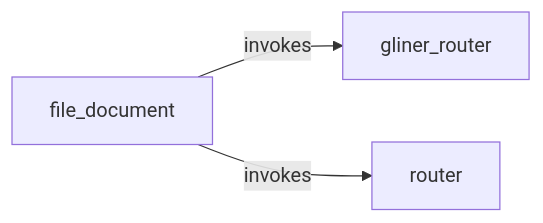
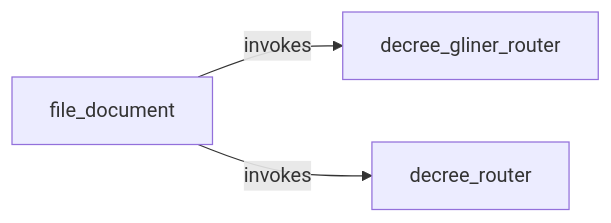
The diagram in tests/fixtures/escalation/.decree/system.md (jtmckay/decree), drawn with Mermaid before and after one commit. The commit also changed other lines of this file and 184 other files, not shown here.

````diff
--- a/tests/fixtures/escalation/.decree/system.md
+++ b/tests/fixtures/escalation/.decree/system.md
@@ -9,8 +9,8 @@
 ```mermaid
 flowchart LR
+    decree_gliner_router["decree_gliner_router"]
+    decree_router["decree_router"]
     file_document["file_document"]
-    gliner_router["gliner_router"]
-    router["router"]
-    file_document -->|invokes| gliner_router
-    file_document -->|invokes| router
+    file_document -->|invokes| decree_gliner_router
+    file_document -->|invokes| decree_router
 ```
````
